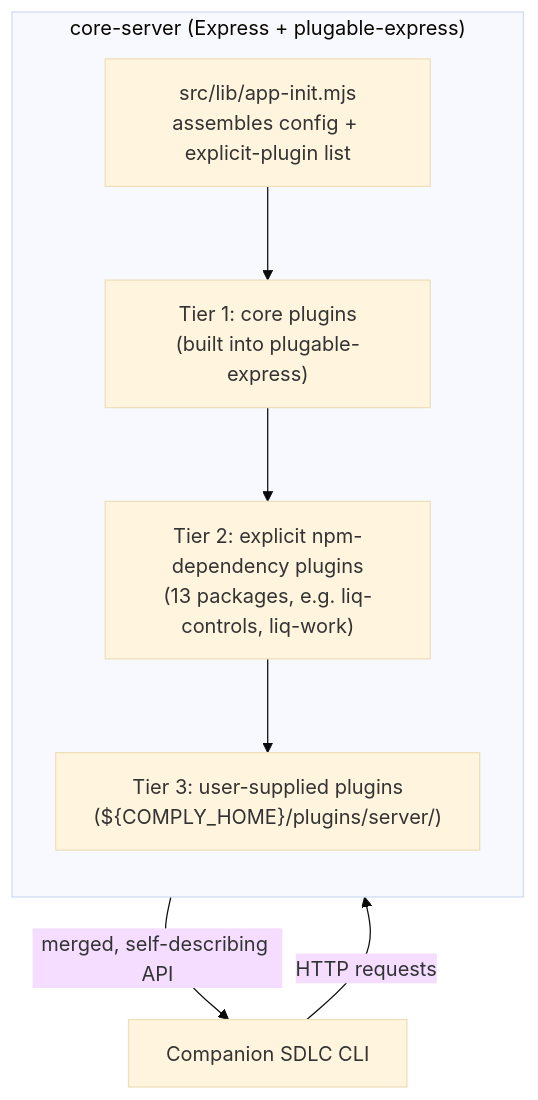
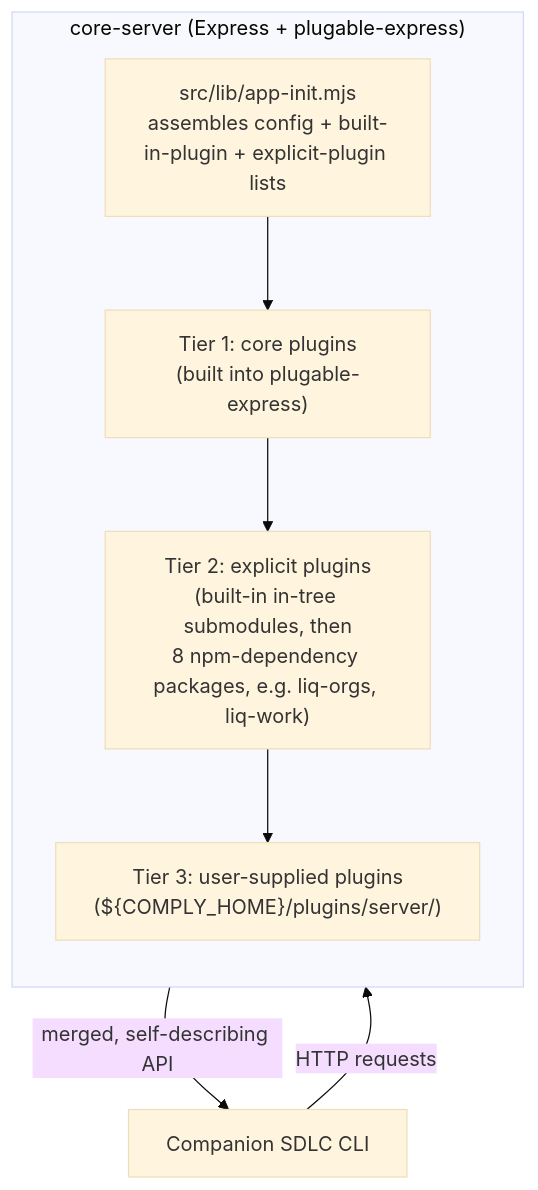
One commit to sdlcforge/core-server changed the diagram in docs/architecture.md. Above: the diagram before and after it, drawn with Mermaid (base theme). The commit also changed other lines of this file and 8 other files, not shown here.

First line of the commit message:
docs: update architecture and spec docs for in-tree builtin-plugin tier

````diff
--- a/docs/architecture.md
+++ b/docs/architecture.md
@@ -15,15 +15,15 @@
 ```mermaid
 flowchart TB
     CLI["Companion SDLC CLI"] -->|HTTP requests| Server
 
     subgraph Server["core-server (Express + plugable-express)"]
         direction TB
-        Init["src/lib/app-init.mjs<br/>assembles config + explicit-plugin list"]
+        Init["src/lib/app-init.mjs<br/>assembles config + built-in-plugin + explicit-plugin lists"]
         Tier1["Tier 1: core plugins<br/>(built into plugable-express)"]
-        Tier2["Tier 2: explicit npm-dependency plugins<br/>(13 packages, e.g. liq-controls, liq-work)"]
+        Tier2["Tier 2: explicit plugins<br/>(built-in in-tree submodules, then<br/>8 npm-dependency packages, e.g. liq-orgs, liq-work)"]
         Tier3["Tier 3: user-supplied plugins<br/>(${COMPLY_HOME}/plugins/server/)"]
         Init --> Tier1 --> Tier2 --> Tier3
     end
 
     Server -->|merged, self-describing API| CLI
 ```
````
